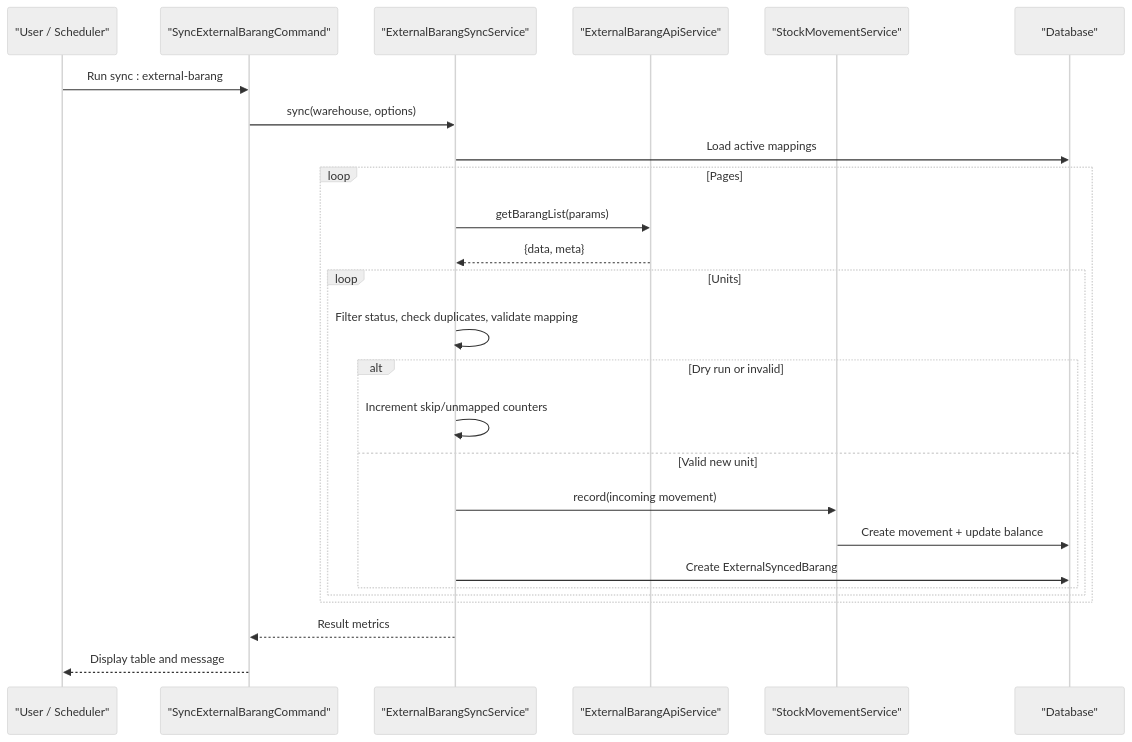
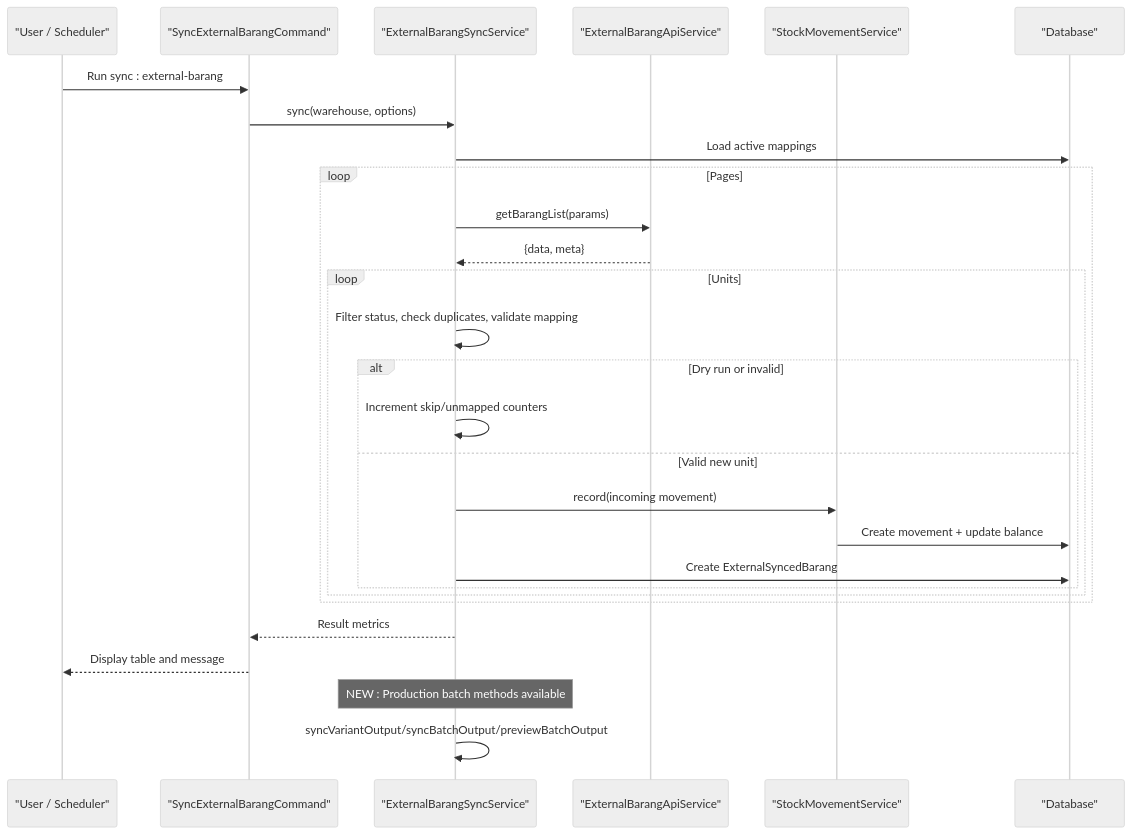
The second of 4 diagrams in .qoder/repowiki/en/content/Services Layer/External Barang Sync Service.md (Dikksap/laravel_RsvHelmet), drawn with Mermaid (neutral theme) before and after one commit. The commit also changed other lines of this file and 129 other files, not shown here.

````diff
--- a/.qoder/repowiki/en/content/Services Layer/External Barang Sync Service.md
+++ b/.qoder/repowiki/en/content/Services Layer/External Barang Sync Service.md
@@ -100,28 +123,30 @@
 ```mermaid
 sequenceDiagram
 participant User as "User / Scheduler"
 participant Command as "SyncExternalBarangCommand"
 participant Sync as "ExternalBarangSyncService"
 participant Api as "ExternalBarangApiService"
 participant Stock as "StockMovementService"
 participant DB as "Database"
 User->>Command : Run sync : external-barang
 Command->>Sync : sync(warehouse, options)
 Sync->>DB : Load active mappings
 loop Pages
 Sync->>Api : getBarangList(params)
 Api-->>Sync : {data, meta}
 loop Units
 Sync->>Sync : Filter status, check duplicates, validate mapping
 alt Dry run or invalid
 Sync->>Sync : Increment skip/unmapped counters
 else Valid new unit
 Sync->>Stock : record(incoming movement)
 Stock->>DB : Create movement + update balance
 Sync->>DB : Create ExternalSyncedBarang
 end
 end
 end
 Sync-->>Command : Result metrics
 Command-->>User : Display table and message
+Note over Sync : NEW : Production batch methods available
+Sync->>Sync : syncVariantOutput/syncBatchOutput/previewBatchOutput
 ```
````
